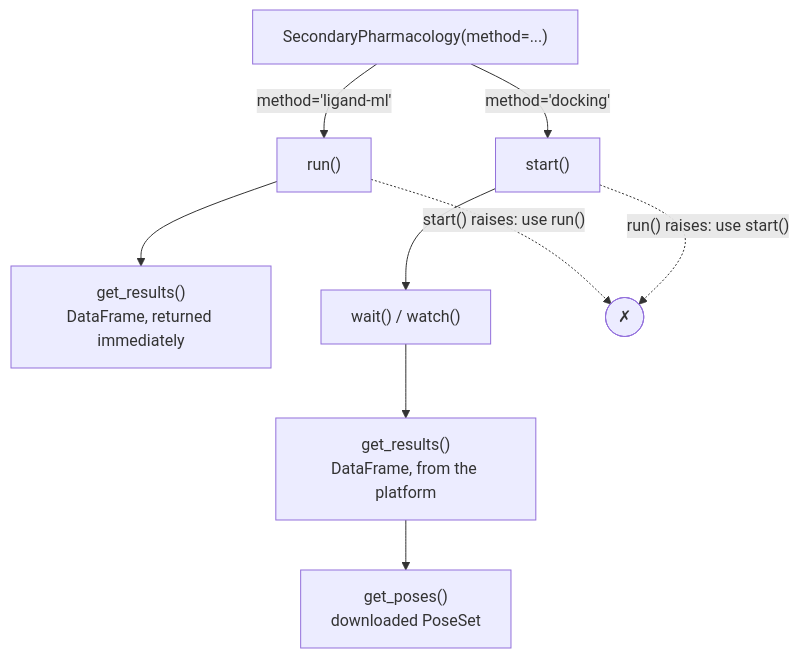
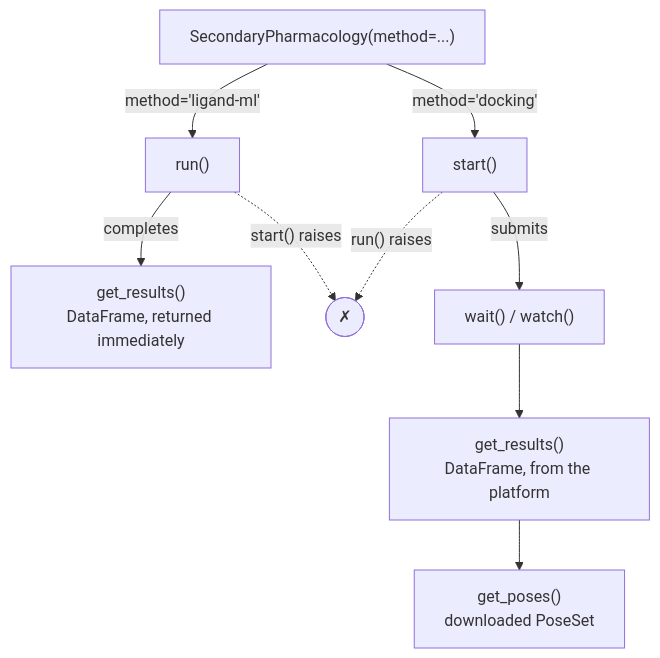
The diagram in docs/dd/tools/secondary-pharma.md (deeporiginbio/deeporigin-client), drawn with Mermaid before and after one commit.

Commit message:
docs(drug-discovery): fix mermaid diagram rendering (DDOS-7332)
- Replace \n with <br/> in node labels (GitHub's mermaid renderer
  doesn't interpret \n inside quoted node text)
- Pad all edge labels with spaces
- Label the previously-unlabeled solid arrows out of run()/start()

````diff
--- a/docs/dd/tools/secondary-pharma.md
+++ b/docs/dd/tools/secondary-pharma.md
@@ -21,15 +21,14 @@
 ```mermaid
 flowchart TD
     ctor["SecondaryPharmacology(method=...)"]
-    ctor -->|"method='ligand-ml'"| ml_run["run()"]
-    ctor -->|"method='docking'"| dock_start["start()"]
+    ctor -->|" method='ligand-ml' "| ml_run["run()"]
+    ctor -->|" method='docking' "| dock_start["start()"]
 
-    ml_run --> ml_results["get_results()\nDataFrame, returned immediately"]
+    ml_run -->|" completes "| ml_results["get_results()<br/>DataFrame, returned immediately"]
+    ml_run -.->|" start() raises "| blocked(["✗"])
 
-    dock_start --> dock_wait["wait() / watch()"]
-    dock_wait --> dock_results["get_results()\nDataFrame, from the platform"]
-    dock_results --> dock_poses["get_poses()\ndownloaded PoseSet"]
-
-    ml_run -.->|"start() raises: use run()"| blocked(["✗"])
-    dock_start -.->|"run() raises: use start()"| blocked
+    dock_start -->|" submits "| dock_wait["wait() / watch()"]
+    dock_start -.->|" run() raises "| blocked
+    dock_wait --> dock_results["get_results()<br/>DataFrame, from the platform"]
+    dock_results --> dock_poses["get_poses()<br/>downloaded PoseSet"]
 ```
````
